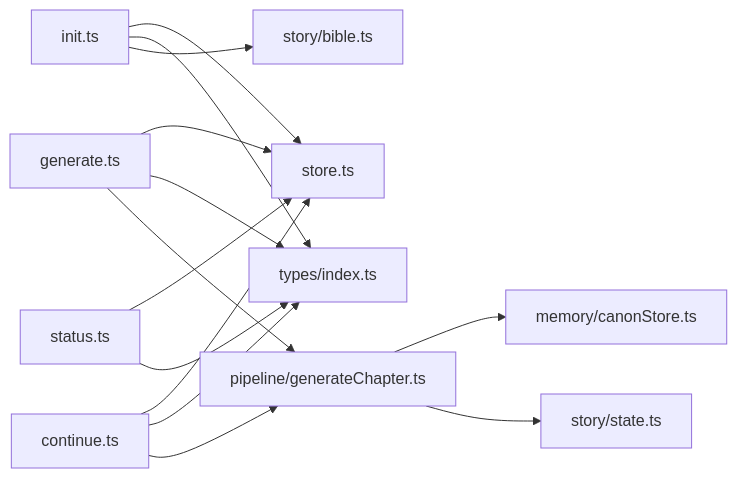
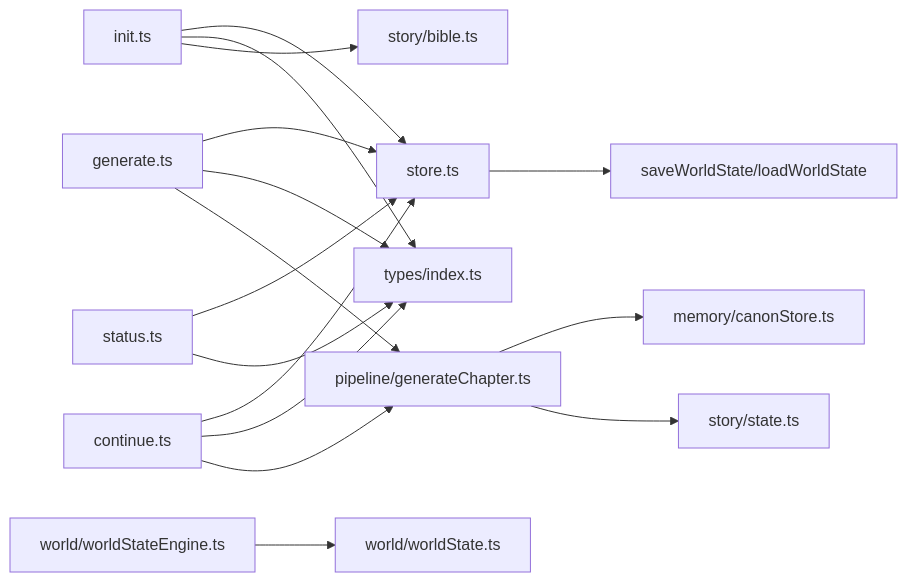
Before and after one commit to liwonder/NARRITIVE_OS: the sixth of 8 diagrams in .qoder/repowiki/en/content/Story Management System/Local Storage & Persistence.md, drawn with Mermaid. The commit also changed other lines of this file and 12 other files, not shown here.

````diff
--- a/.qoder/repowiki/en/content/Story Management System/Local Storage & Persistence.md
+++ b/.qoder/repowiki/en/content/Story Management System/Local Storage & Persistence.md
@@ -383,16 +482,18 @@
 ```mermaid
 graph LR
 CLI_Init["init.ts"] --> Store["store.ts"]
 CLI_Gen["generate.ts"] --> Store
 CLI_Cont["continue.ts"] --> Store
 CLI_Status["status.ts"] --> Store
 CLI_Init --> Engine_Types["types/index.ts"]
 CLI_Gen --> Engine_Types
 CLI_Cont --> Engine_Types
 CLI_Status --> Engine_Types
 CLI_Gen --> Engine_Gen["pipeline/generateChapter.ts"]
 CLI_Cont --> Engine_Gen
 Engine_Gen --> Engine_Canon["memory/canonStore.ts"]
 Engine_Gen --> Engine_State["story/state.ts"]
 CLI_Init --> Engine_Bible["story/bible.ts"]
+World_Engine["world/worldStateEngine.ts"] --> World_Manager["world/worldState.ts"]
+Store --> World_Persistence["saveWorldState/loadWorldState"]
 ```
````
